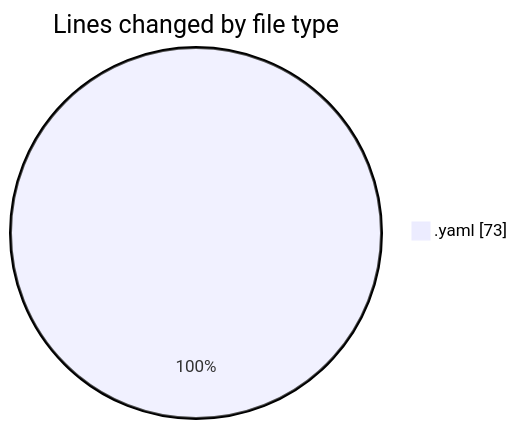
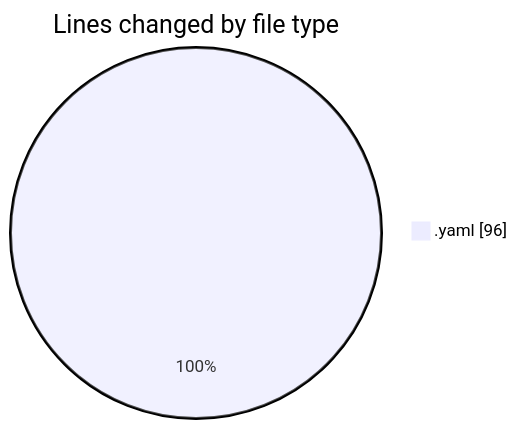
Before and after one commit to nxtqubesakshisongat/code-tracking: the first of 2 diagrams in 2026-02-25/argos_orchestrator/README.md, drawn with Mermaid. The commit also changed other lines of this file and 1 other file, not shown here.

````diff
--- a/2026-02-25/argos_orchestrator/README.md
+++ b/2026-02-25/argos_orchestrator/README.md
@@ -20,5 +21,5 @@
 ```mermaid
 pie showData
 title Lines changed by file type
-".yaml" : 73
+".yaml" : 96
 ```
````
